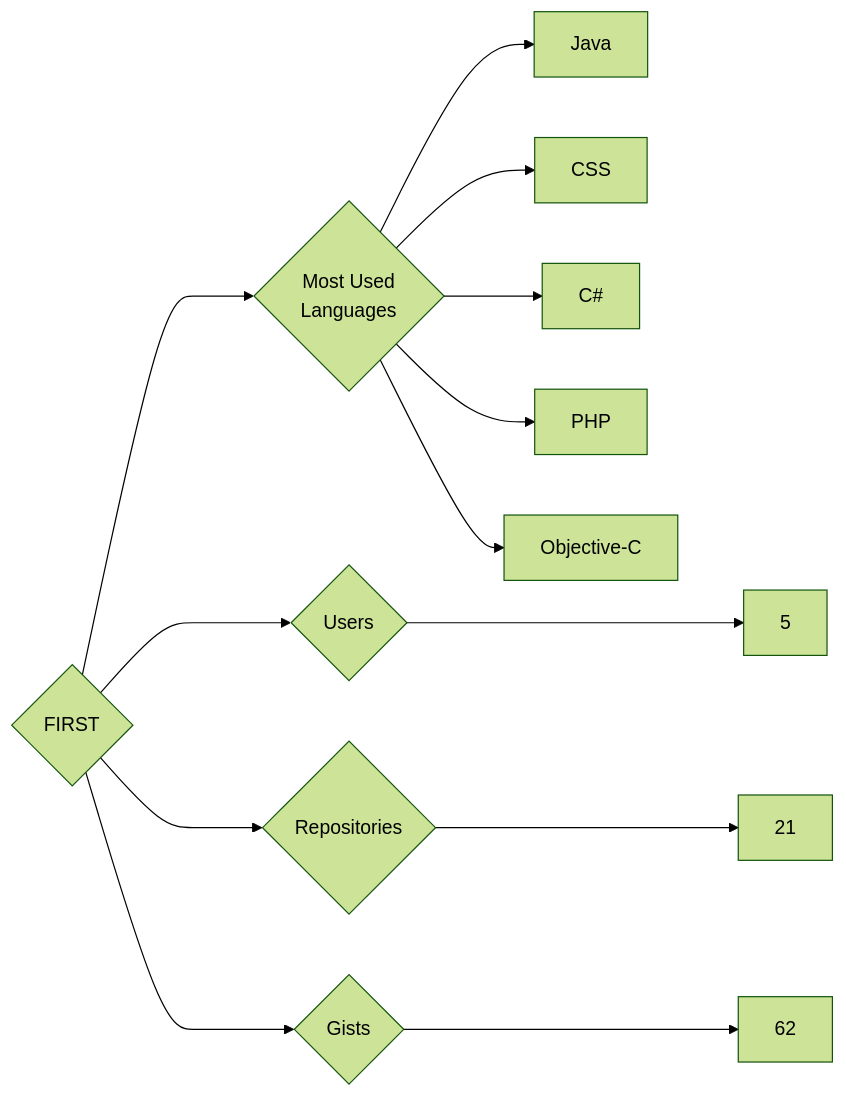
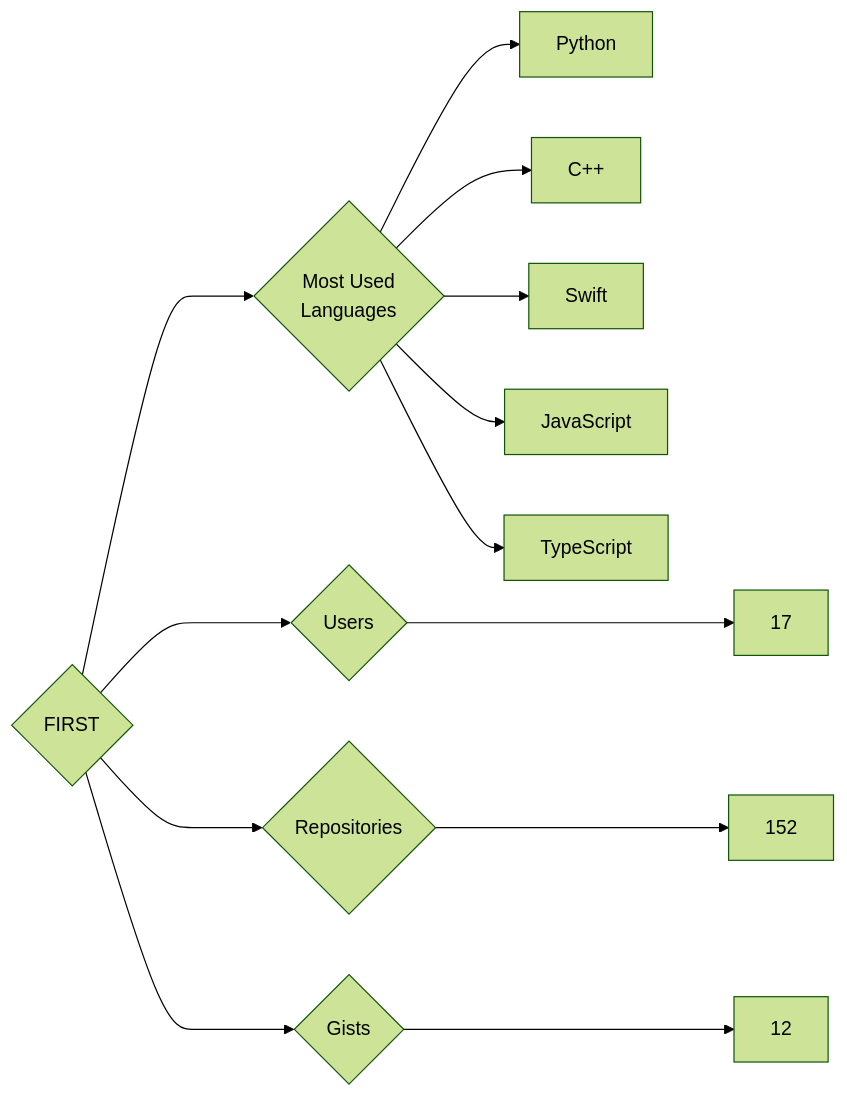
One commit to trickest/insiders changed the diagram in targets/FIRST/README.md. Above: the diagram before and after it, drawn with Mermaid (forest theme). The commit also changed 965 other files, not shown here.

````diff
--- a/targets/FIRST/README.md
+++ b/targets/FIRST/README.md
@@ -3,13 +3,13 @@
 ```mermaid
 graph LR
 COMPANY_NAME{FIRST}
-COMPANY_NAME ---> U{Users} ---> UN[5]
-COMPANY_NAME ---> R{Repositories} ---> RN[21]
-COMPANY_NAME ---> G{Gists} ---> GN[62]
+COMPANY_NAME ---> U{Users} ---> UN[17]
+COMPANY_NAME ---> R{Repositories} ---> RN[152]
+COMPANY_NAME ---> G{Gists} ---> GN[12]
 COMPANY_NAME ---> ML{Most Used<br>Languages}
-ML --> Java[Java]
-ML --> CSS[CSS]
-ML --> C#[C#]
-ML --> PHP[PHP]
-ML --> Objective-C[Objective-C]
+ML --> Python[Python]
+ML --> C++[C++]
+ML --> Swift[Swift]
+ML --> JavaScript[JavaScript]
+ML --> TypeScript[TypeScript]
 ```
````
